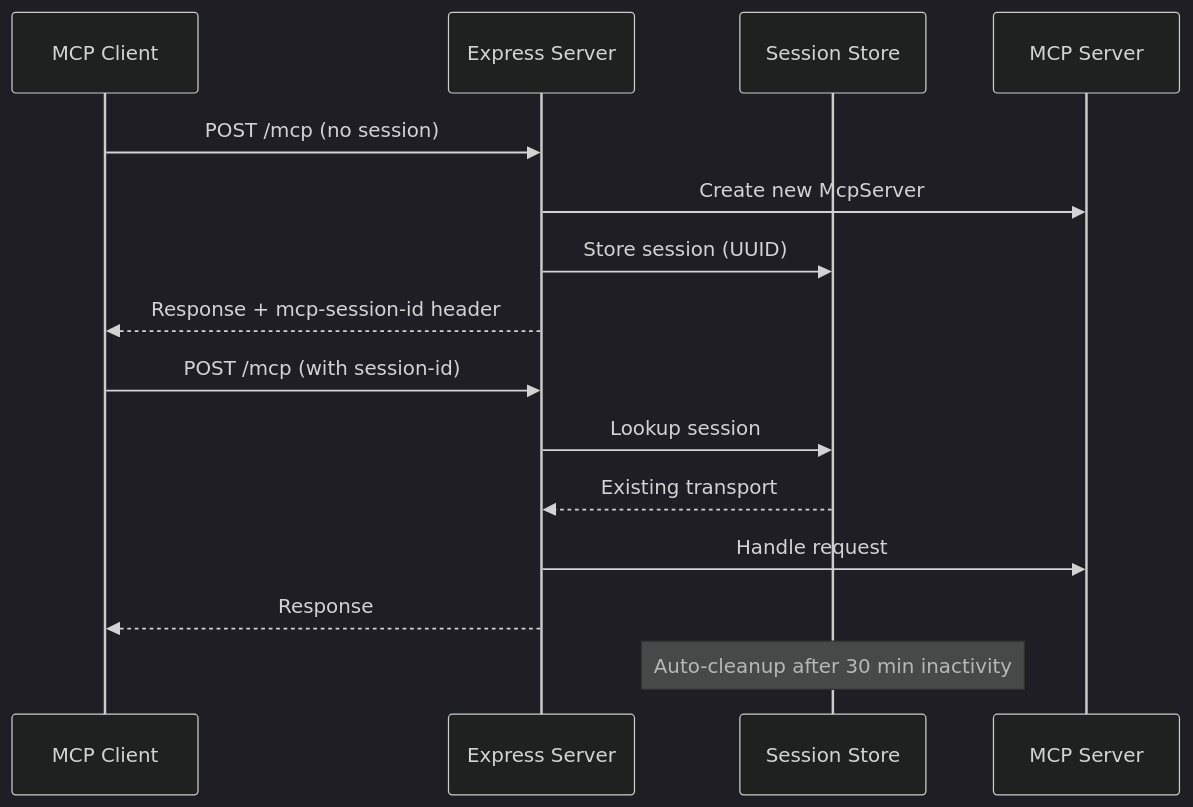
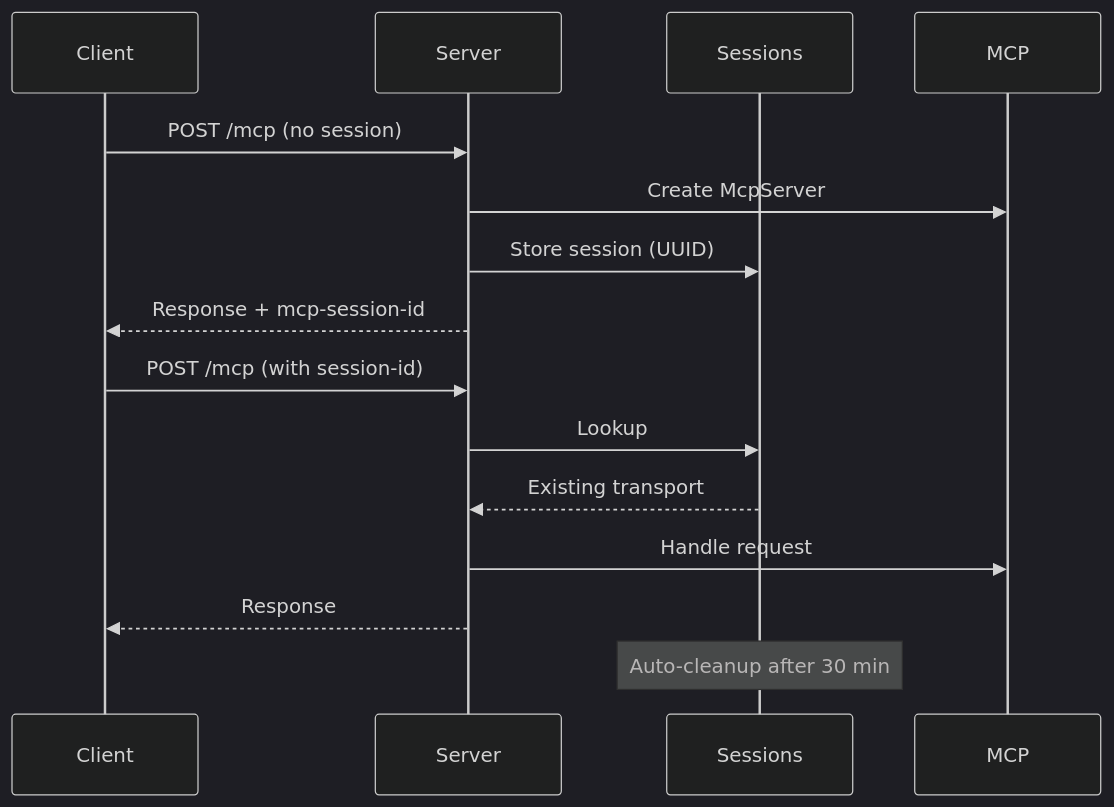
One commit to ATakaSKY/learn-mcp changed the second of 4 diagrams in ARCHITECTURE.md. Above: the diagram before and after it, drawn with Mermaid (dark theme). The commit also changed other lines of this file and 8 other files, not shown here.

````diff
--- a/ARCHITECTURE.md
+++ b/ARCHITECTURE.md
@@ -75,20 +74,20 @@
 ```mermaid
 sequenceDiagram
-    participant Client as MCP Client
-    participant Server as Express Server
-    participant Session as Session Store
-    participant MCP as MCP Server
+    participant Client
+    participant Server
+    participant Sessions
+    participant MCP
 
     Client->>Server: POST /mcp (no session)
-    Server->>MCP: Create new McpServer
-    Server->>Session: Store session (UUID)
-    Server-->>Client: Response + mcp-session-id header
+    Server->>MCP: Create McpServer
+    Server->>Sessions: Store session (UUID)
+    Server-->>Client: Response + mcp-session-id
     
     Client->>Server: POST /mcp (with session-id)
-    Server->>Session: Lookup session
-    Session-->>Server: Existing transport
+    Server->>Sessions: Lookup
+    Sessions-->>Server: Existing transport
     Server->>MCP: Handle request
     Server-->>Client: Response
 
-    Note over Session: Auto-cleanup after 30 min inactivity
+    Note over Sessions: Auto-cleanup after 30 min
 ```
````
